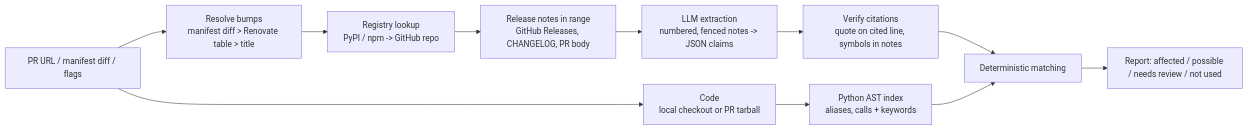
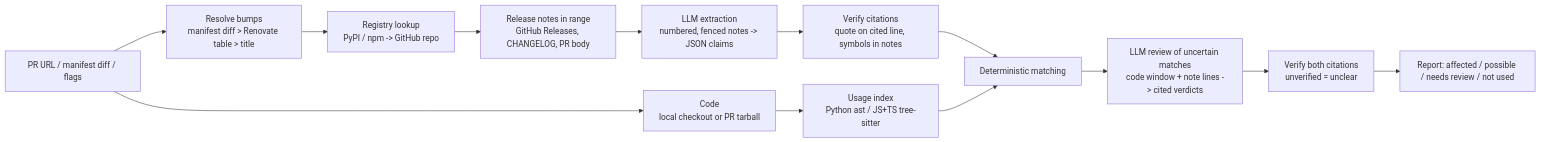
Before and after one commit to xeeshan16/upgrade-impact: the diagram in README.md, drawn with Mermaid. The commit also changed other lines of this file and 4 other files, not shown here.

First line of the commit message:
Document day 2: the review step, JS/TS index and what the real runs showed

````diff
--- a/README.md
+++ b/README.md
@@ -94,13 +101,15 @@
 ```mermaid
 flowchart LR
   PR[PR URL / manifest diff / flags] --> B[Resolve bumps<br/>manifest diff > Renovate table > title]
   B --> R[Registry lookup<br/>PyPI / npm -> GitHub repo]
   R --> N[Release notes in range<br/>GitHub Releases, CHANGELOG, PR body]
   N --> X[LLM extraction<br/>numbered, fenced notes -> JSON claims]
   X --> V[Verify citations<br/>quote on cited line, symbols in notes]
   PR --> C[Code<br/>local checkout or PR tarball]
-  C --> I[Python AST index<br/>aliases, calls + keywords]
+  C --> I[Usage index<br/>Python ast / JS+TS tree-sitter]
   V --> M[Deterministic matching]
   I --> M
-  M --> O[Report: affected / possible / needs review / not used]
+  M --> A[LLM review of uncertain matches<br/>code window + note lines -> cited verdicts]
+  A --> W[Verify both citations<br/>unverified = unclear]
+  W --> O[Report: affected / possible / needs review / not used]
 ```
````
